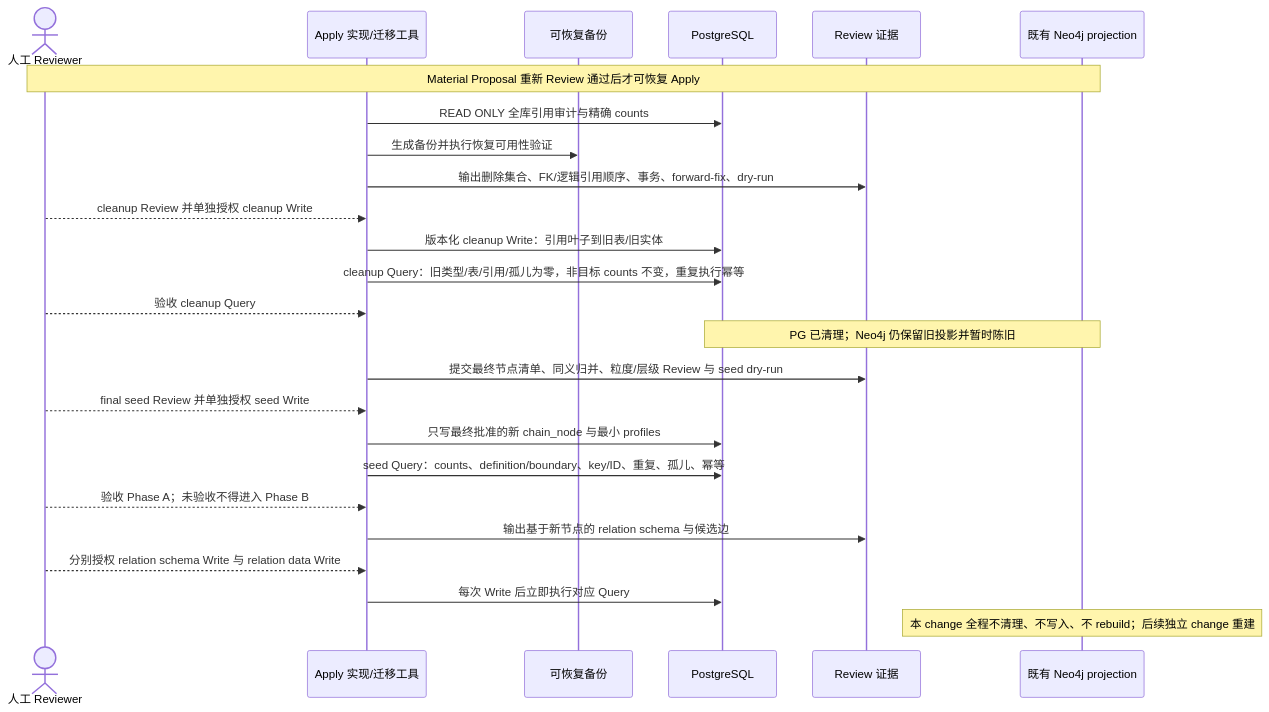
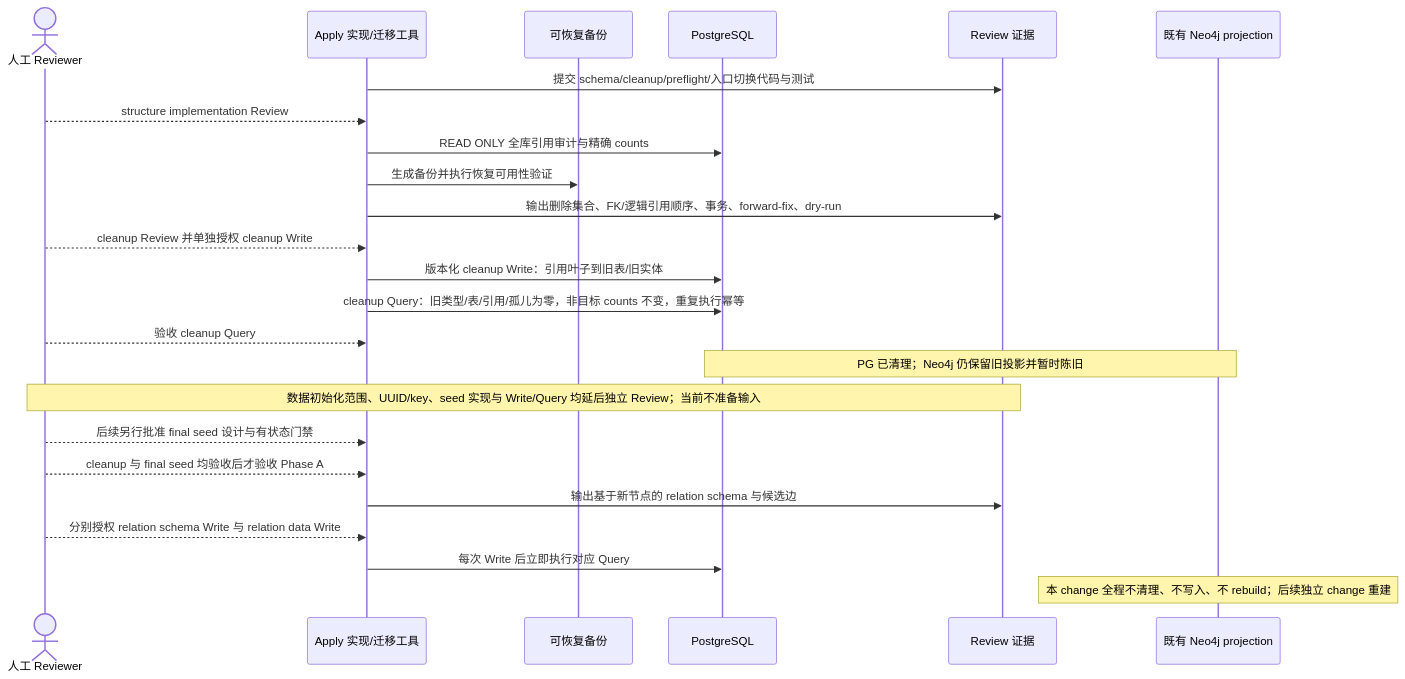
The second of 2 diagrams in openspec/changes/refactor-industry-chain-node-foundation/design.md (meierlink88/tidewise-ai), drawn with Mermaid before and after one commit. The commit also changed other lines of this file and 32 other files, not shown here.

Commit message:
feat: implement industry chain structure foundation

````diff
--- a/openspec/changes/refactor-industry-chain-node-foundation/design.md
+++ b/openspec/changes/refactor-industry-chain-node-foundation/design.md
@@ -169,28 +169,27 @@
 ```mermaid
 sequenceDiagram
     actor Reviewer as 人工 Reviewer
     participant Apply as Apply 实现/迁移工具
     participant Backup as 可恢复备份
     participant PG as PostgreSQL
     participant Evidence as Review 证据
     participant Neo4j as 既有 Neo4j projection
 
-    Note over Reviewer,Neo4j: Material Proposal 重新 Review 通过后才可恢复 Apply
+    Apply->>Evidence: 提交 schema/cleanup/preflight/入口切换代码与测试
+    Reviewer-->>Apply: structure implementation Review
     Apply->>PG: READ ONLY 全库引用审计与精确 counts
     Apply->>Backup: 生成备份并执行恢复可用性验证
     Apply->>Evidence: 输出删除集合、FK/逻辑引用顺序、事务、forward-fix、dry-run
     Reviewer-->>Apply: cleanup Review 并单独授权 cleanup Write
     Apply->>PG: 版本化 cleanup Write：引用叶子到旧表/旧实体
     Apply->>PG: cleanup Query：旧类型/表/引用/孤儿为零，非目标 counts 不变，重复执行幂等
     Reviewer-->>Apply: 验收 cleanup Query
     Note over PG,Neo4j: PG 已清理；Neo4j 仍保留旧投影并暂时陈旧
-    Apply->>Evidence: 提交最终节点清单、同义归并、粒度/层级 Review 与 seed dry-run
-    Reviewer-->>Apply: final seed Review 并单独授权 seed Write
-    Apply->>PG: 只写最终批准的新 chain_node 与最小 profiles
-    Apply->>PG: seed Query：counts、definition/boundary、key/ID、重复、孤儿、幂等
-    Reviewer-->>Apply: 验收 Phase A；未验收不得进入 Phase B
+    Note over Reviewer,Evidence: 数据初始化范围、UUID/key、seed 实现与 Write/Query 均延后独立 Review；当前不准备输入
+    Reviewer-->>Apply: 后续另行批准 final seed 设计与有状态门禁
+    Reviewer-->>Apply: cleanup 与 final seed 均验收后才验收 Phase A
     Apply->>Evidence: 输出基于新节点的 relation schema 与候选边
     Reviewer-->>Apply: 分别授权 relation schema Write 与 relation data Write
     Apply->>PG: 每次 Write 后立即执行对应 Query
     Note over Neo4j: 本 change 全程不清理、不写入、不 rebuild；后续独立 change 重建
 ```
````
